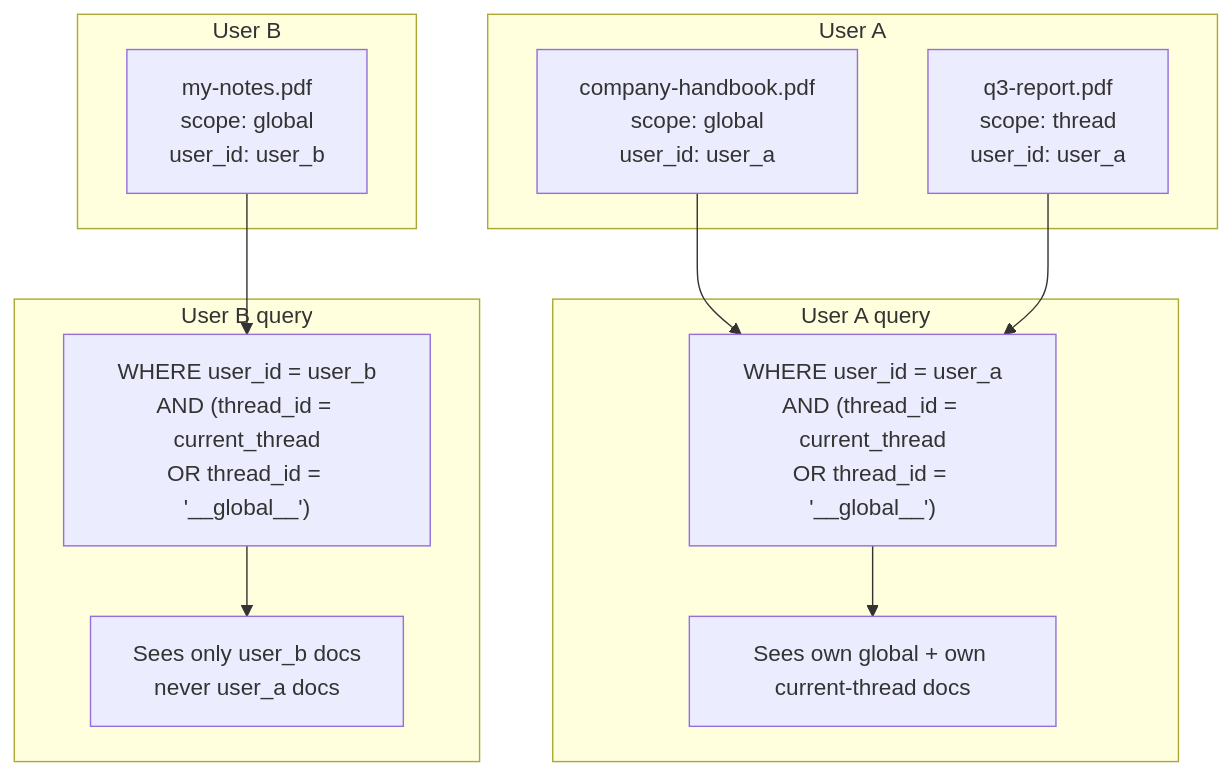
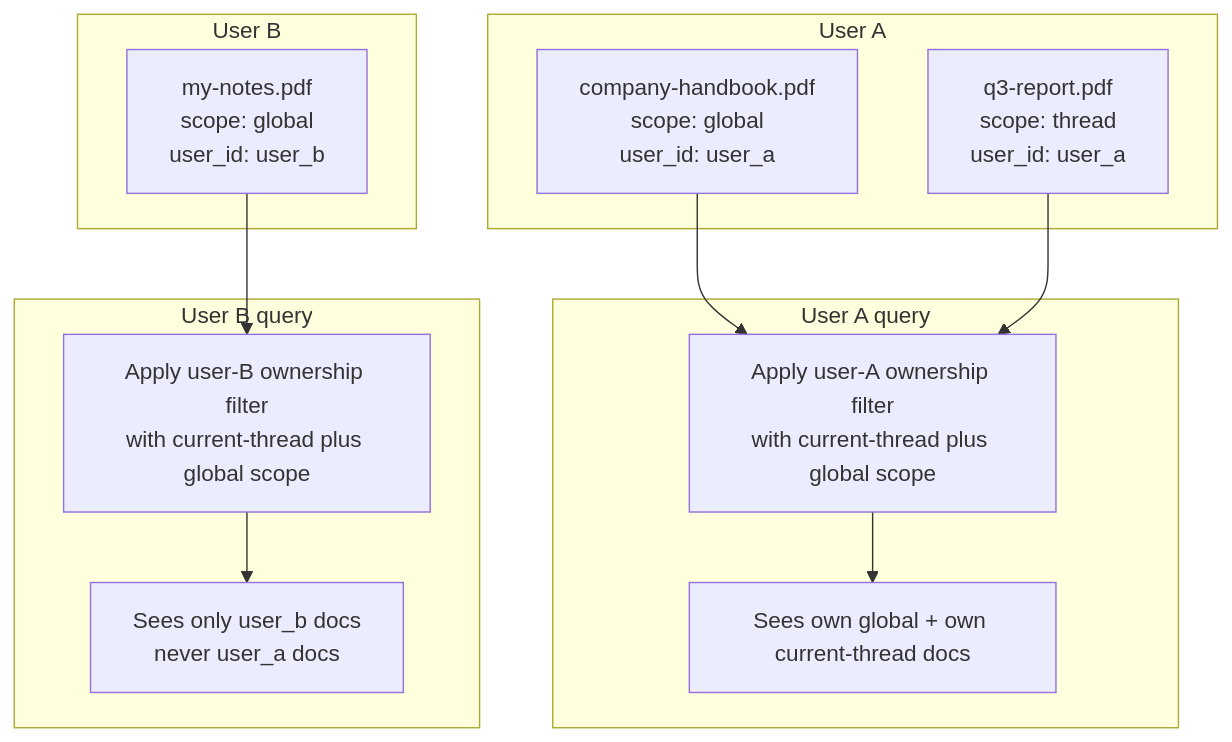
One commit to 1qh/safeagent changed diagram 19 of 29 in plan/09-retrieval.md. Above: the diagram before and after it, drawn with Mermaid. The commit also changed other lines of this file and 18 other files, not shown here.

````diff
--- a/plan/09-retrieval.md
+++ b/plan/09-retrieval.md
@@ -740,26 +740,26 @@
 ```mermaid
 flowchart TD
     subgraph USER_ALPHA_DATA["User A"]
         USER_ALPHA_GLOBAL["company-handbook.pdf\nscope: global\nuser_id: user_a"]
         USER_ALPHA_THREAD["q3-report.pdf\nscope: thread\nuser_id: user_a"]
     end
 
     subgraph USER_BETA_DATA["User B"]
         USER_BETA_GLOBAL["my-notes.pdf\nscope: global\nuser_id: user_b"]
     end
 
     subgraph USER_ALPHA_QUERY["User A query"]
-        FILTER_ALPHA["WHERE user_id = user_a\nAND (thread_id = current_thread\nOR thread_id = '__global__')"]
+        FILTER_ALPHA["Apply user-A ownership filter\nwith current-thread plus global scope"]
         RESULT_ALPHA["Sees own global + own current-thread docs"]
         FILTER_ALPHA --> RESULT_ALPHA
     end
 
     subgraph USER_BETA_QUERY["User B query"]
-        FILTER_BETA["WHERE user_id = user_b\nAND (thread_id = current_thread\nOR thread_id = '__global__')"]
+        FILTER_BETA["Apply user-B ownership filter\nwith current-thread plus global scope"]
         RESULT_BETA["Sees only user_b docs\nnever user_a docs"]
         FILTER_BETA --> RESULT_BETA
     end
 
     USER_ALPHA_GLOBAL & USER_ALPHA_THREAD --> FILTER_ALPHA
     USER_BETA_GLOBAL --> FILTER_BETA
 ```
````
